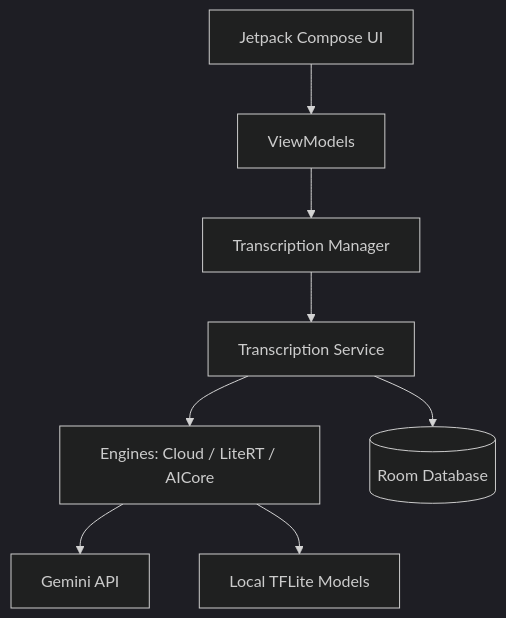
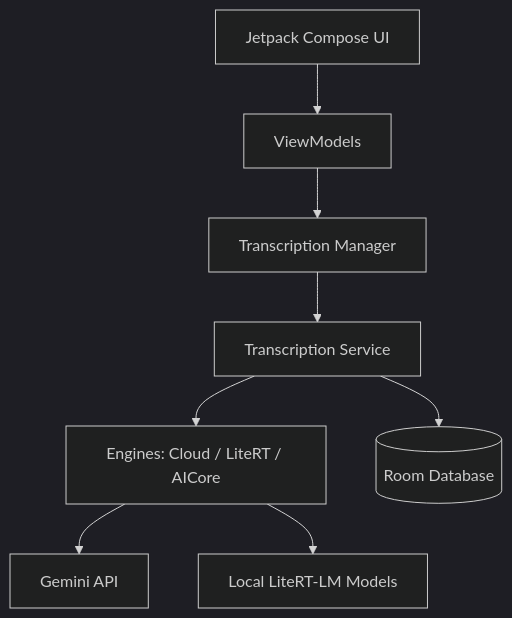
The diagram in README.md (CorsiDanilo/Simple-Transcriber), drawn with Mermaid (dark theme) before and after one commit. The commit also changed other lines of this file and 16 other files, not shown here.

````diff
--- a/README.md
+++ b/README.md
@@ -44,10 +34,10 @@
 ```mermaid
 graph TD
     UI[Jetpack Compose UI] --> VM[ViewModels]
     VM --> TM[Transcription Manager]
     TM --> Service[Transcription Service]
     Service --> Engines[Engines: Cloud / LiteRT / AICore]
     Service --> DB[(Room Database)]
     Engines --> Gemini[Gemini API]
-    Engines --> LiteRT[Local TFLite Models]
+    Engines --> LiteRT[Local LiteRT-LM Models]
 ```
````
